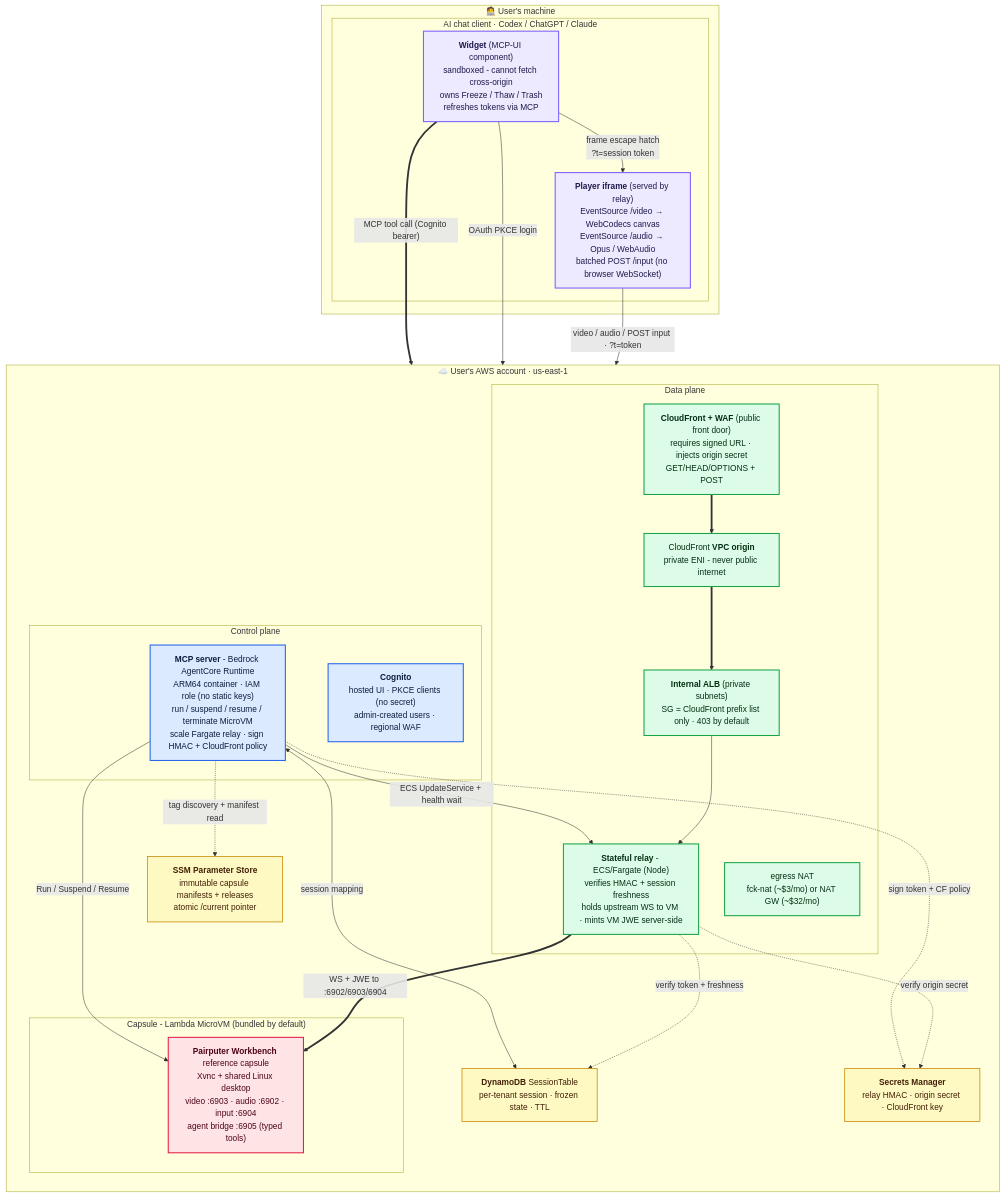
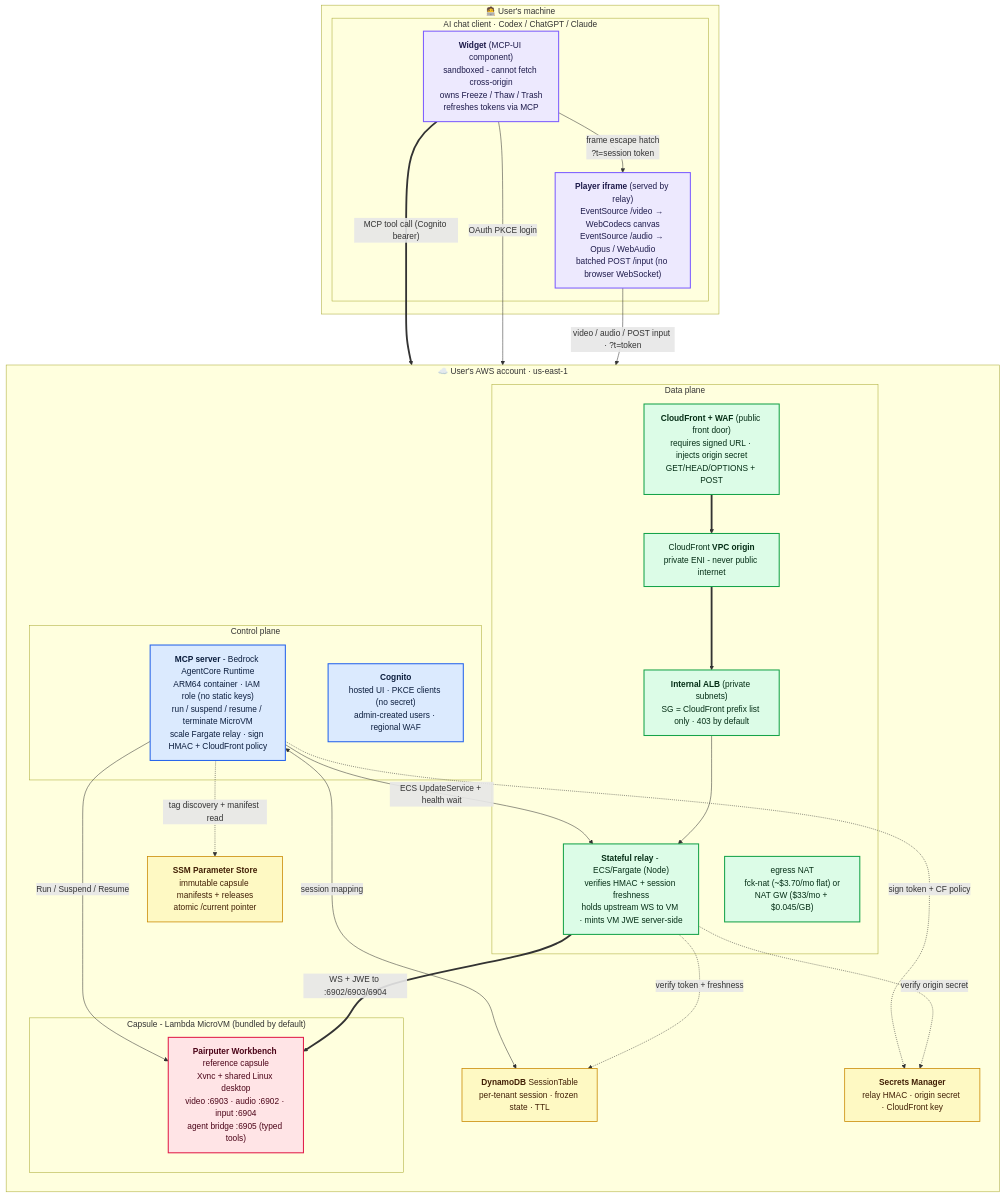
Before and after one commit to somoore/pairputer: the first of 2 diagrams in docs/architecture.md, drawn with Mermaid. The commit also changed other lines of this file, not shown here.

Commit message:
docs(architecture): correct NAT Gateway cost to fixed + per-GB; link cost doc
Same NAT understatement as 1-click-cost.md had - the diagram node and the networking-mode parameter
row both showed NAT Gateway as a flat ~$32/mo, hiding the $0.045/GB data-processing charge. Both now
read fck-nat (~$3.70/mo flat, no per-GB) vs NAT GW ($33/mo + $0.045/GB), with the parameter row
pointing at 1-click-cost.md for the full breakdown so the two docs can't drift. The ~$15/mo Fargate
mention is accurate ($14.42). Mermaid diagram re-rendered clean after the edit.

````diff
--- a/docs/architecture.md
+++ b/docs/architecture.md
@@ -18,59 +18,59 @@
 ```mermaid
 flowchart TB
     subgraph laptop["🧑‍💻 User's machine"]
         subgraph host["AI chat client · Codex / ChatGPT / Claude"]
             widget["<b>Widget</b> (MCP-UI component)<br/>sandboxed - cannot fetch cross-origin<br/>owns Freeze / Thaw / Trash<br/>refreshes tokens via MCP"]
             player["<b>Player iframe</b> (served by relay)<br/>EventSource /video → WebCodecs canvas<br/>EventSource /audio → Opus / WebAudio<br/>batched POST /input (no browser WebSocket)"]
             widget -- "frame escape hatch<br/>?t=session token" --> player
         end
     end
 
     subgraph acct["☁️ User's AWS account · us-east-1"]
         direction TB
         subgraph ctrl["Control plane"]
             pool["<b>Cognito</b><br/>hosted UI · PKCE clients (no secret)<br/>admin-created users · regional WAF"]
             server["<b>MCP server</b> - Bedrock AgentCore Runtime<br/>ARM64 container · IAM role (no static keys)<br/>run / suspend / resume / terminate MicroVM<br/>scale Fargate relay · sign HMAC + CloudFront policy"]
         end
 
         sessions["<b>DynamoDB</b> SessionTable<br/>per-tenant session · frozen state · TTL"]
         secrets["<b>Secrets Manager</b><br/>relay HMAC · origin secret · CloudFront key"]
         ssm["<b>SSM Parameter Store</b><br/>immutable capsule manifests + releases<br/>atomic /current pointer"]
 
         subgraph data["Data plane"]
             cf["<b>CloudFront + WAF</b> (public front door)<br/>requires signed URL · injects origin secret<br/>GET/HEAD/OPTIONS + POST"]
             vo["CloudFront <b>VPC origin</b><br/>private ENI - never public internet"]
             alb["<b>Internal ALB</b> (private subnets)<br/>SG = CloudFront prefix list only · 403 by default"]
             relay["<b>Stateful relay</b> - ECS/Fargate (Node)<br/>verifies HMAC + session freshness<br/>holds upstream WS to VM · mints VM JWE server-side"]
-            nat["egress NAT<br/>fck-nat (~$3/mo) or NAT GW (~$32/mo)"]
+            nat["egress NAT<br/>fck-nat (~$3.70/mo flat) or<br/>NAT GW ($33/mo + $0.045/GB)"]
         end
 
         subgraph capsule["Capsule - Lambda MicroVM (bundled by default)"]
             vm["<b>Pairputer Workbench</b> reference capsule<br/>Xvnc + shared Linux desktop<br/>video :6903 · audio :6902 · input :6904<br/>agent bridge :6905 (typed tools)"]
         end
     end
 
     widget == "MCP tool call (Cognito bearer)" ==> server
     widget -- "OAuth PKCE login" --> pool
     server -- "Run / Suspend / Resume" --> vm
     server -- "ECS UpdateService + health wait" --> relay
     server <-- "session mapping" --> sessions
     server -. "sign token + CF policy" .-> secrets
     server -. "tag discovery + manifest read" .-> ssm
     player -- "video / audio / POST input · ?t=token" --> cf
     cf ==> vo ==> alb --> relay
     relay -. "verify token + freshness" .-> sessions
     relay -. "verify origin secret" .-> secrets
     relay == "WS + JWE to :6902/6903/6904" ==> vm
 
     classDef client fill:#ede9fe,stroke:#7c5cff,stroke-width:2px,color:#1e1b4b
     classDef control fill:#dbeafe,stroke:#2563eb,stroke-width:2px,color:#0c1e3e
     classDef state fill:#fef9c3,stroke:#ca8a04,stroke-width:1.5px,color:#422006
     classDef dataplane fill:#dcfce7,stroke:#16a34a,stroke-width:2px,color:#052e16
     classDef vmnode fill:#ffe4e6,stroke:#e11d48,stroke-width:2px,color:#4c0519
 
     class widget,player client
     class server,pool control
     class sessions,secrets,ssm state
     class cf,vo,alb,relay,nat dataplane
     class vm vmnode
 ```
````
